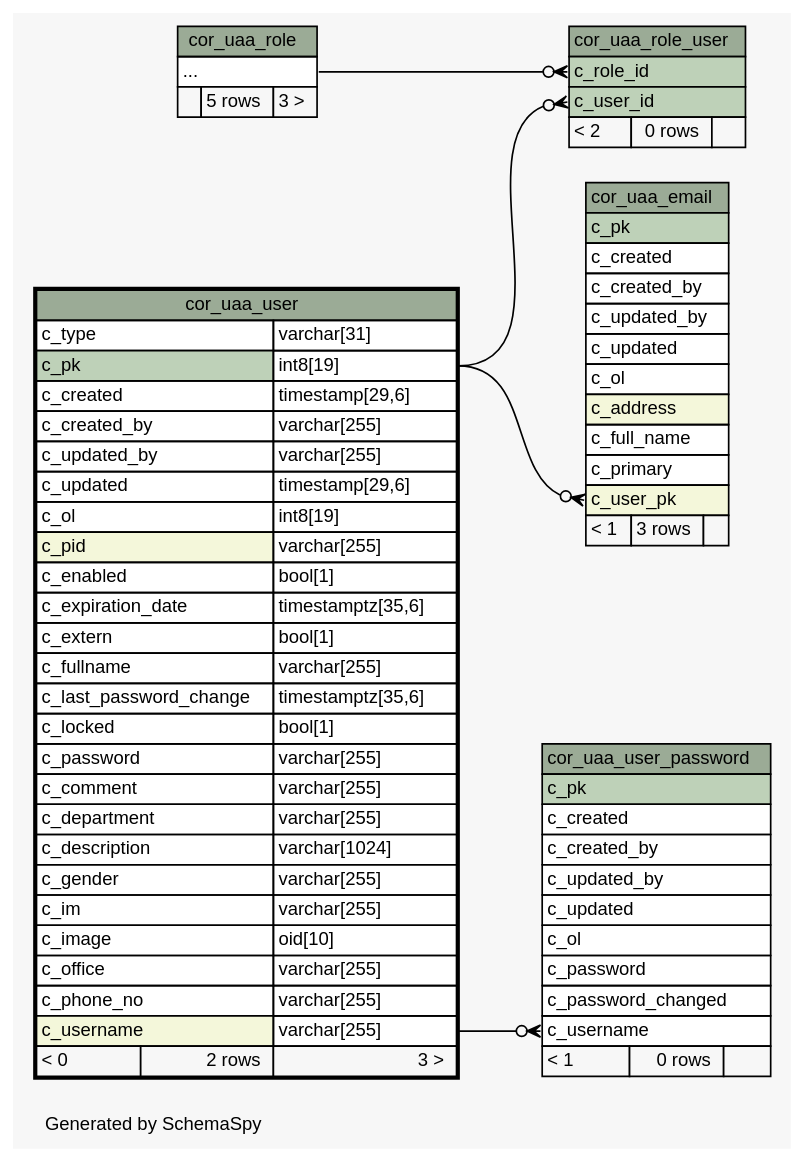
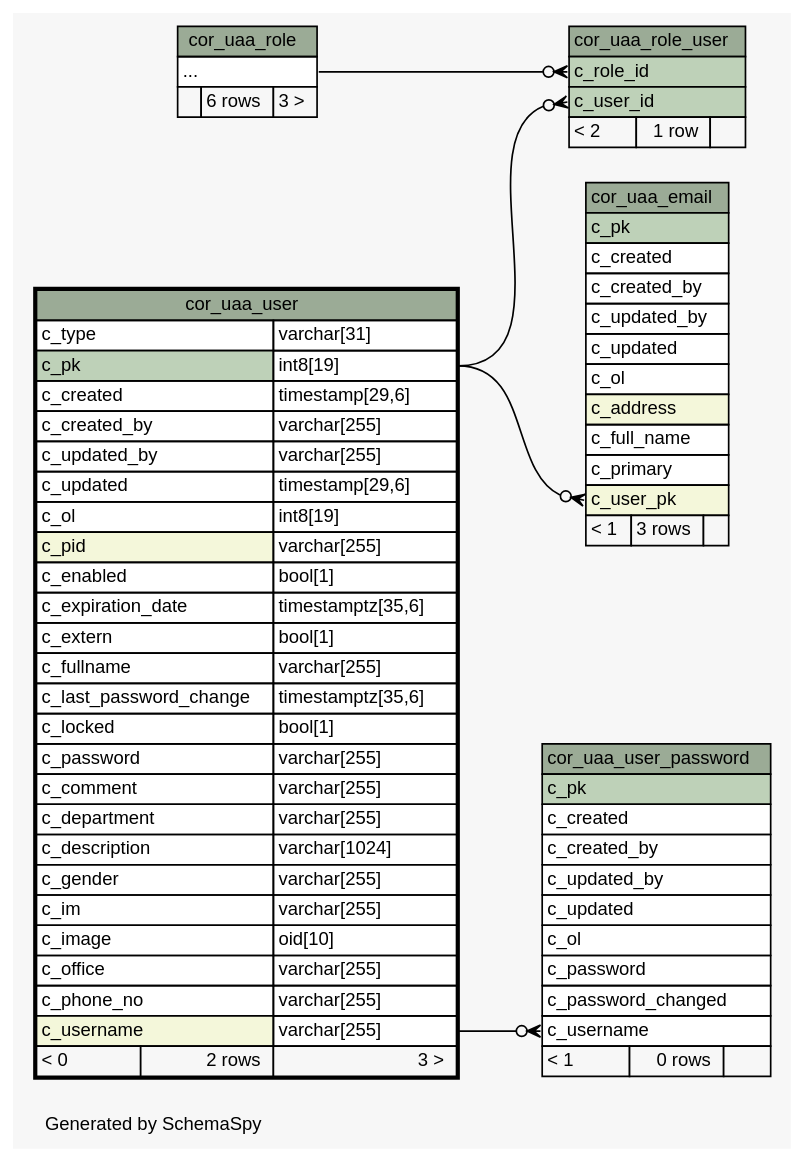
The diagram in 2.0.0-SNAPSHOT/schemaspy/diagrams/cor_uaa_user.2degrees.dot (openwms/org.openwms.core.uaa.lib), drawn with Graphviz before and after one commit. The commit also changed 238 other files, not shown here.

```diff
--- a/2.0.0-SNAPSHOT/schemaspy/diagrams/cor_uaa_user.2degrees.dot
+++ b/2.0.0-SNAPSHOT/schemaspy/diagrams/cor_uaa_user.2degrees.dot
@@ -1,117 +1,117 @@
-// dot 2.43.0 on Linux 6.8.0-1014-azure
+// dot 2.43.0 on Linux 6.8.0-1017-azure
 // SchemaSpy rev Unknown
 digraph "twoDegreesRelationshipsDiagram" {
   graph [
     rankdir="RL"
     bgcolor="#f7f7f7"
     label="\nGenerated by SchemaSpy"
     labeljust="l"
     nodesep="0.18"
     ranksep="0.46"
     fontname="Helvetica"
     fontsize="11"
   ];
   node [
     fontname="Helvetica"
     fontsize="11"
     shape="plaintext"
   ];
   edge [
     arrowsize="0.8"
   ];
   "cor_uaa_email":"c_user_pk":w -> "cor_uaa_user":"c_pk.type":e [arrowhead=none dir=back arrowtail=crowodot];
   "cor_uaa_role_user":"c_role_id":w -> "cor_uaa_role":"elipses":e [arrowhead=none dir=back arrowtail=crowodot];
   "cor_uaa_role_user":"c_user_id":w -> "cor_uaa_user":"c_pk.type":e [arrowhead=none dir=back arrowtail=crowodot];
   "cor_uaa_user_password":"c_username":w -> "cor_uaa_user":"c_username.type":e [arrowhead=none dir=back arrowtail=crowodot];
   "cor_uaa_email" [
     label=<
     <TABLE BORDER="0" CELLBORDER="1" CELLSPACING="0" BGCOLOR="#ffffff">
       <TR><TD COLSPAN="3" BGCOLOR="#9bab96" ALIGN="CENTER">cor_uaa_email</TD></TR>
       <TR><TD PORT="c_pk" COLSPAN="3" BGCOLOR="#bed1b8" ALIGN="LEFT">c_pk</TD></TR>
       <TR><TD PORT="c_created" COLSPAN="3" ALIGN="LEFT">c_created</TD></TR>
       <TR><TD PORT="c_created_by" COLSPAN="3" ALIGN="LEFT">c_created_by</TD></TR>
       <TR><TD PORT="c_updated_by" COLSPAN="3" ALIGN="LEFT">c_updated_by</TD></TR>
       <TR><TD PORT="c_updated" COLSPAN="3" ALIGN="LEFT">c_updated</TD></TR>
       <TR><TD PORT="c_ol" COLSPAN="3" ALIGN="LEFT">c_ol</TD></TR>
       <TR><TD PORT="c_address" COLSPAN="3" BGCOLOR="#f4f7da" ALIGN="LEFT">c_address</TD></TR>
       <TR><TD PORT="c_full_name" COLSPAN="3" ALIGN="LEFT">c_full_name</TD></TR>
       <TR><TD PORT="c_primary" COLSPAN="3" ALIGN="LEFT">c_primary</TD></TR>
       <TR><TD PORT="c_user_pk" COLSPAN="3" BGCOLOR="#f4f7da" ALIGN="LEFT">c_user_pk</TD></TR>
       <TR><TD ALIGN="LEFT" BGCOLOR="#f7f7f7">&lt; 1</TD><TD ALIGN="RIGHT" BGCOLOR="#f7f7f7">3 rows</TD><TD ALIGN="RIGHT" BGCOLOR="#f7f7f7">  </TD></TR>
     </TABLE>>
     URL="cor_uaa_email.html"
     tooltip="cor_uaa_email"
   ];
   "cor_uaa_role" [
     label=<
     <TABLE BORDER="0" CELLBORDER="1" CELLSPACING="0" BGCOLOR="#ffffff">
       <TR><TD COLSPAN="3" BGCOLOR="#9bab96" ALIGN="CENTER">cor_uaa_role</TD></TR>
       <TR><TD PORT="elipses" COLSPAN="3" ALIGN="LEFT">...</TD></TR>
-      <TR><TD ALIGN="LEFT" BGCOLOR="#f7f7f7">  </TD><TD ALIGN="RIGHT" BGCOLOR="#f7f7f7">5 rows</TD><TD ALIGN="RIGHT" BGCOLOR="#f7f7f7">3 &gt;</TD></TR>
+      <TR><TD ALIGN="LEFT" BGCOLOR="#f7f7f7">  </TD><TD ALIGN="RIGHT" BGCOLOR="#f7f7f7">6 rows</TD><TD ALIGN="RIGHT" BGCOLOR="#f7f7f7">3 &gt;</TD></TR>
     </TABLE>>
     URL="cor_uaa_role.html"
     tooltip="cor_uaa_role"
   ];
   "cor_uaa_role_user" [
     label=<
     <TABLE BORDER="0" CELLBORDER="1" CELLSPACING="0" BGCOLOR="#ffffff">
       <TR><TD COLSPAN="3" BGCOLOR="#9bab96" ALIGN="CENTER">cor_uaa_role_user</TD></TR>
       <TR><TD PORT="c_role_id" COLSPAN="3" BGCOLOR="#bed1b8" ALIGN="LEFT">c_role_id</TD></TR>
       <TR><TD PORT="c_user_id" COLSPAN="3" BGCOLOR="#bed1b8" ALIGN="LEFT">c_user_id</TD></TR>
-      <TR><TD ALIGN="LEFT" BGCOLOR="#f7f7f7">&lt; 2</TD><TD ALIGN="RIGHT" BGCOLOR="#f7f7f7">0 rows</TD><TD ALIGN="RIGHT" BGCOLOR="#f7f7f7">  </TD></TR>
+      <TR><TD ALIGN="LEFT" BGCOLOR="#f7f7f7">&lt; 2</TD><TD ALIGN="RIGHT" BGCOLOR="#f7f7f7">1 row</TD><TD ALIGN="RIGHT" BGCOLOR="#f7f7f7">  </TD></TR>
     </TABLE>>
     URL="cor_uaa_role_user.html"
     tooltip="cor_uaa_role_user"
   ];
   "cor_uaa_user" [
     label=<
     <TABLE BORDER="2" CELLBORDER="1" CELLSPACING="0" BGCOLOR="#ffffff">
       <TR><TD COLSPAN="3" BGCOLOR="#9bab96" ALIGN="CENTER">cor_uaa_user</TD></TR>
       <TR><TD PORT="c_type" COLSPAN="2" ALIGN="LEFT">c_type</TD><TD PORT="c_type.type" ALIGN="LEFT">varchar[31]</TD></TR>
       <TR><TD PORT="c_pk" COLSPAN="2" BGCOLOR="#bed1b8" ALIGN="LEFT">c_pk</TD><TD PORT="c_pk.type" ALIGN="LEFT">int8[19]</TD></TR>
       <TR><TD PORT="c_created" COLSPAN="2" ALIGN="LEFT">c_created</TD><TD PORT="c_created.type" ALIGN="LEFT">timestamp[29,6]</TD></TR>
       <TR><TD PORT="c_created_by" COLSPAN="2" ALIGN="LEFT">c_created_by</TD><TD PORT="c_created_by.type" ALIGN="LEFT">varchar[255]</TD></TR>
       <TR><TD PORT="c_updated_by" COLSPAN="2" ALIGN="LEFT">c_updated_by</TD><TD PORT="c_updated_by.type" ALIGN="LEFT">varchar[255]</TD></TR>
       <TR><TD PORT="c_updated" COLSPAN="2" ALIGN="LEFT">c_updated</TD><TD PORT="c_updated.type" ALIGN="LEFT">timestamp[29,6]</TD></TR>
       <TR><TD PORT="c_ol" COLSPAN="2" ALIGN="LEFT">c_ol</TD><TD PORT="c_ol.type" ALIGN="LEFT">int8[19]</TD></TR>
       <TR><TD PORT="c_pid" COLSPAN="2" BGCOLOR="#f4f7da" ALIGN="LEFT">c_pid</TD><TD PORT="c_pid.type" ALIGN="LEFT">varchar[255]</TD></TR>
       <TR><TD PORT="c_enabled" COLSPAN="2" ALIGN="LEFT">c_enabled</TD><TD PORT="c_enabled.type" ALIGN="LEFT">bool[1]</TD></TR>
       <TR><TD PORT="c_expiration_date" COLSPAN="2" ALIGN="LEFT">c_expiration_date</TD><TD PORT="c_expiration_date.type" ALIGN="LEFT">timestamptz[35,6]</TD></TR>
       <TR><TD PORT="c_extern" COLSPAN="2" ALIGN="LEFT">c_extern</TD><TD PORT="c_extern.type" ALIGN="LEFT">bool[1]</TD></TR>
       <TR><TD PORT="c_fullname" COLSPAN="2" ALIGN="LEFT">c_fullname</TD><TD PORT="c_fullname.type" ALIGN="LEFT">varchar[255]</TD></TR>
       <TR><TD PORT="c_last_password_change" COLSPAN="2" ALIGN="LEFT">c_last_password_change</TD><TD PORT="c_last_password_change.type" ALIGN="LEFT">timestamptz[35,6]</TD></TR>
       <TR><TD PORT="c_locked" COLSPAN="2" ALIGN="LEFT">c_locked</TD><TD PORT="c_locked.type" ALIGN="LEFT">bool[1]</TD></TR>
       <TR><TD PORT="c_password" COLSPAN="2" ALIGN="LEFT">c_password</TD><TD PORT="c_password.type" ALIGN="LEFT">varchar[255]</TD></TR>
       <TR><TD PORT="c_comment" COLSPAN="2" ALIGN="LEFT">c_comment</TD><TD PORT="c_comment.type" ALIGN="LEFT">varchar[255]</TD></TR>
       <TR><TD PORT="c_department" COLSPAN="2" ALIGN="LEFT">c_department</TD><TD PORT="c_department.type" ALIGN="LEFT">varchar[255]</TD></TR>
       <TR><TD PORT="c_description" COLSPAN="2" ALIGN="LEFT">c_description</TD><TD PORT="c_description.type" ALIGN="LEFT">varchar[1024]</TD></TR>
       <TR><TD PORT="c_gender" COLSPAN="2" ALIGN="LEFT">c_gender</TD><TD PORT="c_gender.type" ALIGN="LEFT">varchar[255]</TD></TR>
       <TR><TD PORT="c_im" COLSPAN="2" ALIGN="LEFT">c_im</TD><TD PORT="c_im.type" ALIGN="LEFT">varchar[255]</TD></TR>
       <TR><TD PORT="c_image" COLSPAN="2" ALIGN="LEFT">c_image</TD><TD PORT="c_image.type" ALIGN="LEFT">oid[10]</TD></TR>
       <TR><TD PORT="c_office" COLSPAN="2" ALIGN="LEFT">c_office</TD><TD PORT="c_office.type" ALIGN="LEFT">varchar[255]</TD></TR>
       <TR><TD PORT="c_phone_no" COLSPAN="2" ALIGN="LEFT">c_phone_no</TD><TD PORT="c_phone_no.type" ALIGN="LEFT">varchar[255]</TD></TR>
       <TR><TD PORT="c_username" COLSPAN="2" BGCOLOR="#f4f7da" ALIGN="LEFT">c_username</TD><TD PORT="c_username.type" ALIGN="LEFT">varchar[255]</TD></TR>
       <TR><TD ALIGN="LEFT" BGCOLOR="#f7f7f7">&lt; 0</TD><TD ALIGN="RIGHT" BGCOLOR="#f7f7f7">2 rows</TD><TD ALIGN="RIGHT" BGCOLOR="#f7f7f7">3 &gt;</TD></TR>
     </TABLE>>
     URL="cor_uaa_user.html"
     tooltip="cor_uaa_user"
   ];
   "cor_uaa_user_password" [
     label=<
     <TABLE BORDER="0" CELLBORDER="1" CELLSPACING="0" BGCOLOR="#ffffff">
       <TR><TD COLSPAN="3" BGCOLOR="#9bab96" ALIGN="CENTER">cor_uaa_user_password</TD></TR>
       <TR><TD PORT="c_pk" COLSPAN="3" BGCOLOR="#bed1b8" ALIGN="LEFT">c_pk</TD></TR>
       <TR><TD PORT="c_created" COLSPAN="3" ALIGN="LEFT">c_created</TD></TR>
       <TR><TD PORT="c_created_by" COLSPAN="3" ALIGN="LEFT">c_created_by</TD></TR>
       <TR><TD PORT="c_updated_by" COLSPAN="3" ALIGN="LEFT">c_updated_by</TD></TR>
       <TR><TD PORT="c_updated" COLSPAN="3" ALIGN="LEFT">c_updated</TD></TR>
       <TR><TD PORT="c_ol" COLSPAN="3" ALIGN="LEFT">c_ol</TD></TR>
       <TR><TD PORT="c_password" COLSPAN="3" ALIGN="LEFT">c_password</TD></TR>
       <TR><TD PORT="c_password_changed" COLSPAN="3" ALIGN="LEFT">c_password_changed</TD></TR>
       <TR><TD PORT="c_username" COLSPAN="3" ALIGN="LEFT">c_username</TD></TR>
       <TR><TD ALIGN="LEFT" BGCOLOR="#f7f7f7">&lt; 1</TD><TD ALIGN="RIGHT" BGCOLOR="#f7f7f7">0 rows</TD><TD ALIGN="RIGHT" BGCOLOR="#f7f7f7">  </TD></TR>
     </TABLE>>
     URL="cor_uaa_user_password.html"
     tooltip="cor_uaa_user_password"
   ];
 }
```
